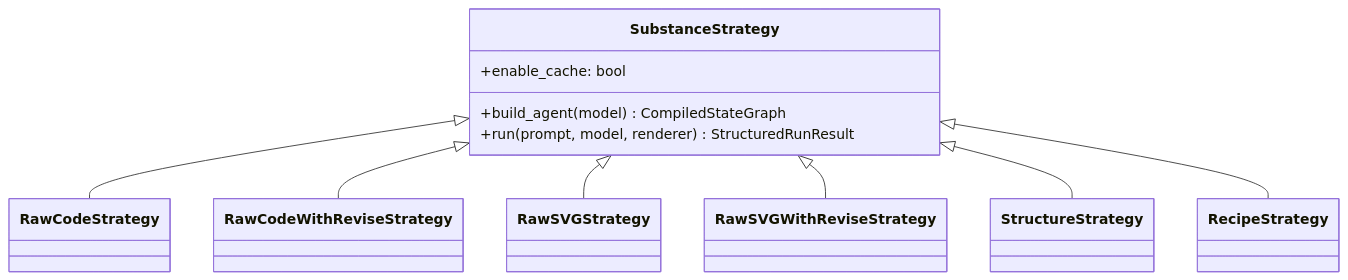
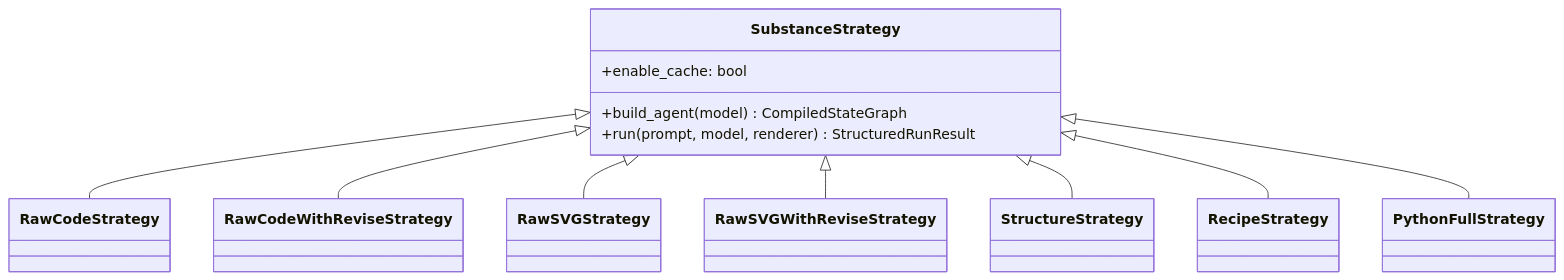
One commit to RenaissancePhilanthropy/geometry-diagram-generator changed the ninth of 9 diagrams in docs/strategies.md. Above: the diagram before and after it, drawn with Mermaid. The commit also changed other lines of this file and 5 other files, not shown here.

````diff
--- a/docs/strategies.md
+++ b/docs/strategies.md
@@ -150,15 +174,16 @@
 ```mermaid
 classDiagram
     class SubstanceStrategy {
         +enable_cache: bool
         +build_agent(model) CompiledStateGraph
         +run(prompt, model, renderer) StructuredRunResult
     }
 
     SubstanceStrategy <|-- RawCodeStrategy
     SubstanceStrategy <|-- RawCodeWithReviseStrategy
     SubstanceStrategy <|-- RawSVGStrategy
     SubstanceStrategy <|-- RawSVGWithReviseStrategy
     SubstanceStrategy <|-- StructureStrategy
     SubstanceStrategy <|-- RecipeStrategy
+    SubstanceStrategy <|-- PythonFullStrategy
 ```
````
